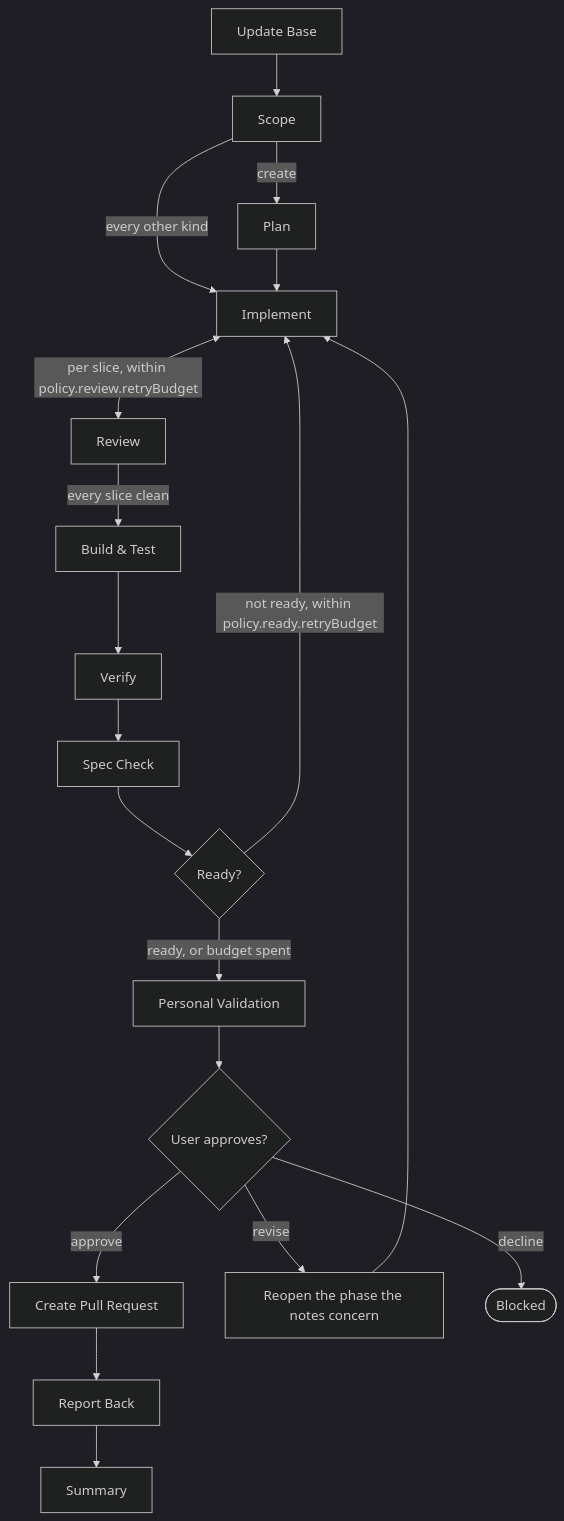
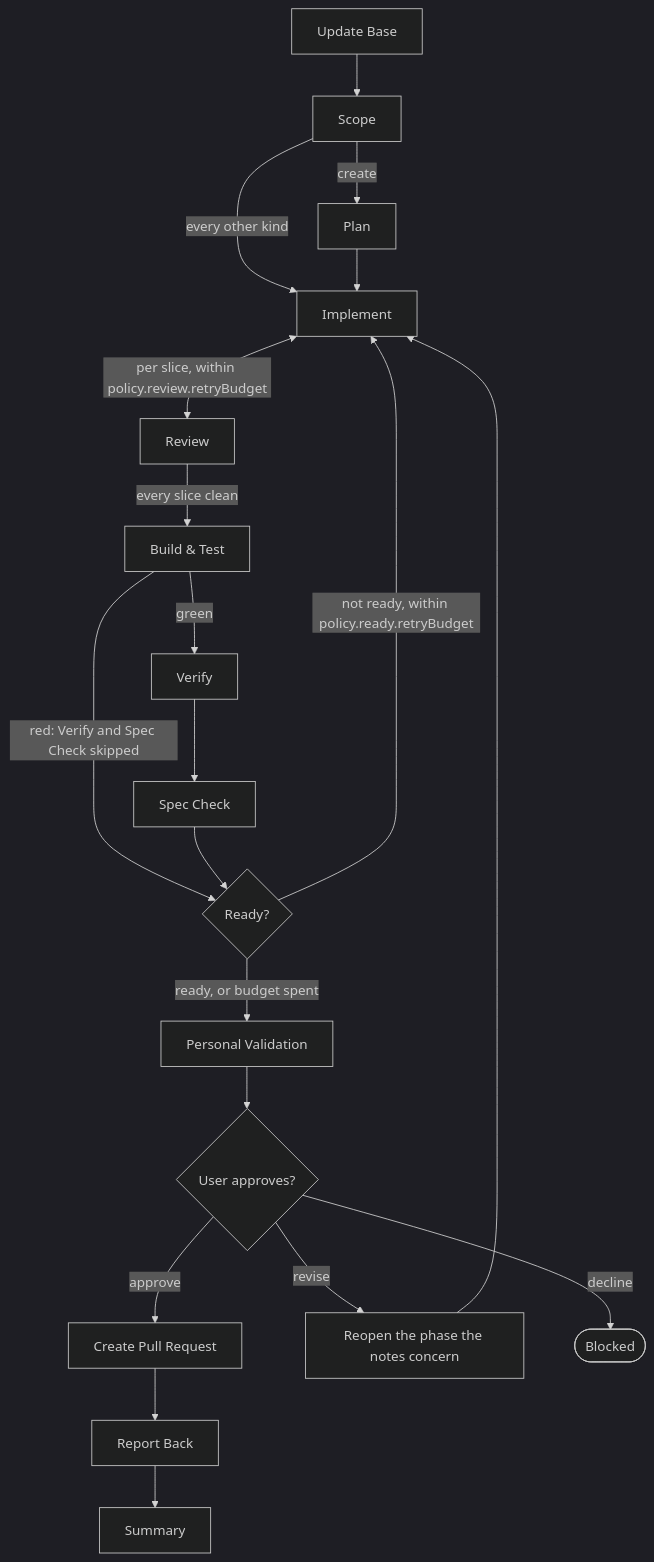
One commit to JSdotNet/ai-agent-stack changed the first of 2 diagrams in plugins/delivery/FLOW-DIAGRAMS.md. Above: the diagram before and after it, drawn with Mermaid (dark theme).

Commit message:
delivery: draw the red-build edge to the ready check
A red build skips Verify and Spec Check and goes to the ready check (flow-runner
step 11); the flow-code diagram did not show it.

````diff
--- a/plugins/delivery/FLOW-DIAGRAMS.md
+++ b/plugins/delivery/FLOW-DIAGRAMS.md
@@ -23,21 +23,22 @@
 ```mermaid
 flowchart TD
     UB["Update Base"] --> S["Scope"]
     S -->|create| P["Plan"]
     S -->|every other kind| I["Implement"]
     P --> I
     I <-->|"per slice, within policy.review.retryBudget"| R["Review"]
     R -->|every slice clean| BT["Build & Test"]
-    BT --> V["Verify"]
+    BT -->|green| V["Verify"]
+    BT -->|"red: Verify and Spec Check skipped"| RD
     V --> SC["Spec Check"]
     SC --> RD{"Ready?"}
     RD -->|"not ready, within policy.ready.retryBudget"| I
     RD -->|"ready, or budget spent"| PV["Personal Validation"]
     PV --> G{User approves?}
     G -->|approve| PR["Create Pull Request"]
     G -->|revise| BACK["Reopen the phase the notes concern"]
     BACK --> I
     G -->|decline| X(["Blocked"])
     PR --> RB["Report Back"]
     RB --> SU["Summary"]
 ```
````
